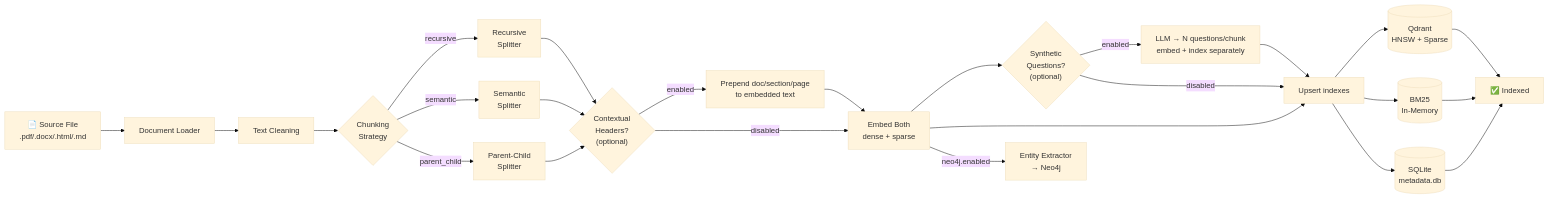
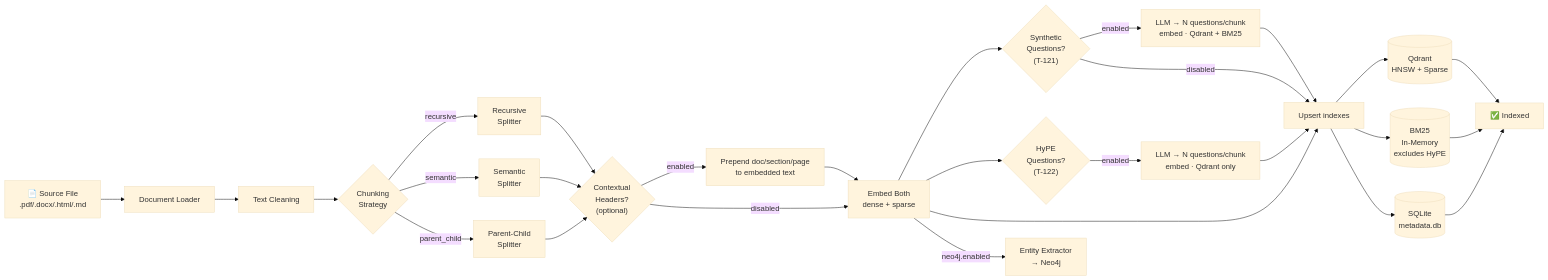
One commit to ealbertoav/rag_platform changed the third of 10 diagrams in README.md. Above: the diagram before and after it, drawn with Mermaid (base theme). The commit also changed other lines of this file and 18 other files, not shown here.

````diff
--- a/README.md
+++ b/README.md
@@ -281,23 +283,26 @@
 ```mermaid
 flowchart LR
     SRC["📄 Source File<br/>.pdf/.docx/.html/.md"] --> LD["Document Loader"]
     LD --> CL["Text Cleaning"]
     CL --> CH{"Chunking<br/>Strategy"}
     CH -->|recursive| RC["Recursive<br/>Splitter"]
     CH -->|semantic| SC["Semantic<br/>Splitter"]
     CH -->|parent_child| PC["Parent-Child<br/>Splitter"]
     RC & SC & PC --> CCH{"Contextual<br/>Headers?<br/>(optional)"}
     CCH -->|enabled| HDR["Prepend doc/section/page<br/>to embedded text"]
     CCH -->|disabled| EM["Embed Both<br/>dense + sparse"]
     HDR --> EM
-    EM --> AUG{"Synthetic<br/>Questions?<br/>(optional)"}
-    AUG -->|enabled| SQ["LLM → N questions/chunk<br/>embed + index separately"]
+    EM --> AUG{"Synthetic<br/>Questions?<br/>(T-121)"}
+    EM --> HYPE{"HyPE<br/>Questions?<br/>(T-122)"}
+    AUG -->|enabled| SQ["LLM → N questions/chunk<br/>embed · Qdrant + BM25"]
+    HYPE -->|enabled| HY["LLM → N questions/chunk<br/>embed · Qdrant only"]
     AUG -->|disabled| IDX
     EM --> IDX
     SQ --> IDX
+    HY --> IDX
     IDX["Upsert indexes"] --> QD[("Qdrant<br/>HNSW + Sparse")]
-    IDX --> BM[("BM25<br/>In-Memory")]
+    IDX --> BM[("BM25<br/>In-Memory<br/>excludes HyPE")]
     IDX --> META[("SQLite<br/>metadata.db")]
     EM -->|neo4j.enabled| GR["Entity Extractor<br/>→ Neo4j"]
     QD & BM & META --> DONE["✅ Indexed"]
 ```
````
